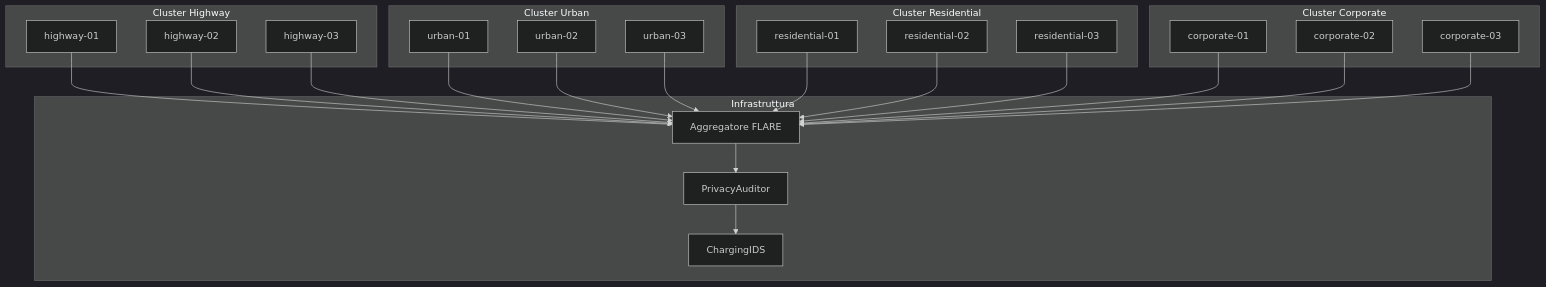
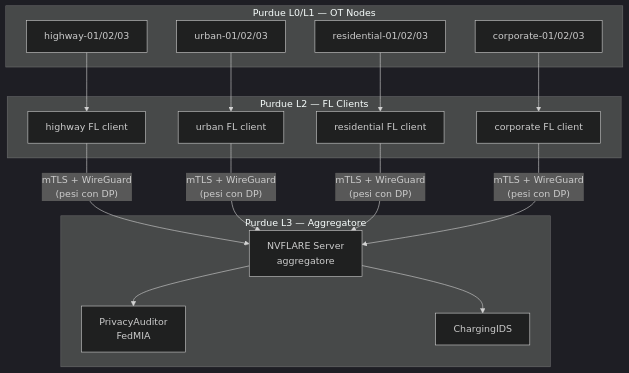
Before and after one commit to susetta85/ChargeShield-FL: the first of 2 diagrams in docs/ThreatModel.md, drawn with Mermaid (dark theme). The commit also changed other lines of this file and 3 other files, not shown here.

````diff
--- a/docs/ThreatModel.md
+++ b/docs/ThreatModel.md
@@ -26,38 +27,27 @@
 ```mermaid
 graph TD
-    subgraph Cluster Highway
-        H1[highway-01]
-        H2[highway-02]
-        H3[highway-03]
+    subgraph "Purdue L0/L1 — OT Nodes"
+        H1[highway-01/02/03]
+        U1[urban-01/02/03]
+        R1[residential-01/02/03]
+        C1[corporate-01/02/03]
     end
-
-    subgraph Cluster Urban
-        U1[urban-01]
-        U2[urban-02]
-        U3[urban-03]
+    subgraph "Purdue L2 — FL Clients"
+        HC[highway FL client]
+        UC[urban FL client]
+        RC[residential FL client]
+        CC[corporate FL client]
     end
-
-    subgraph Cluster Residential
-        R1[residential-01]
-        R2[residential-02]
-        R3[residential-03]
-    end
-
-    subgraph Cluster Corporate
-        C1[corporate-01]
-        C2[corporate-02]
-        C3[corporate-03]
-    end
-
-    subgraph Infrastruttura
-        AGG[Aggregatore FLARE]
-        PA[PrivacyAuditor]
+    subgraph "Purdue L3 — Aggregatore"
+        AGG[NVFLARE Server\naggregatore]
+        PA[PrivacyAuditor\nFedMIA]
         IDS[ChargingIDS]
     end
-
-    H1 & H2 & H3 --> AGG
-    U1 & U2 & U3 --> AGG
-    R1 & R2 & R3 --> AGG
-    C1 & C2 & C3 --> AGG
-    AGG --> PA --> IDS
+    H1 --> HC
+    U1 --> UC
+    R1 --> RC
+    C1 --> CC
+    HC & UC & RC & CC -->|"mTLS + WireGuard\n(pesi con DP)"| AGG
+    AGG --> PA
+    AGG --> IDS
 ```
````
